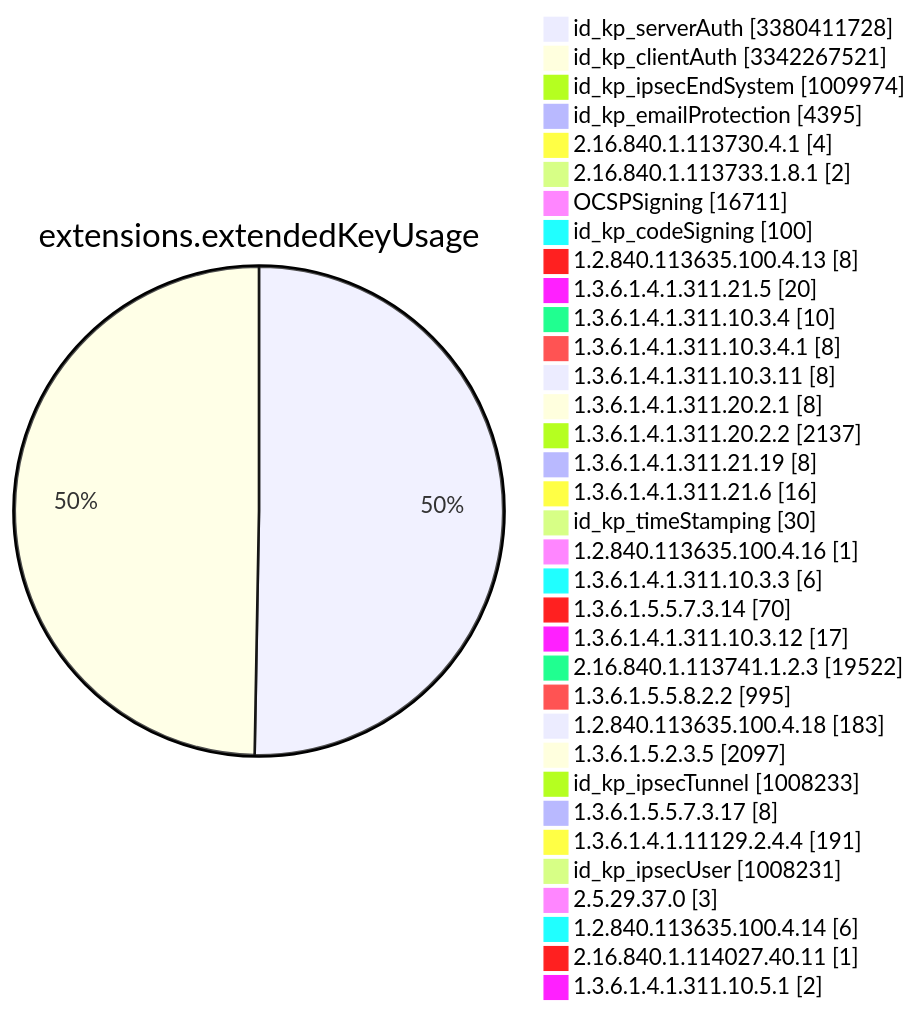
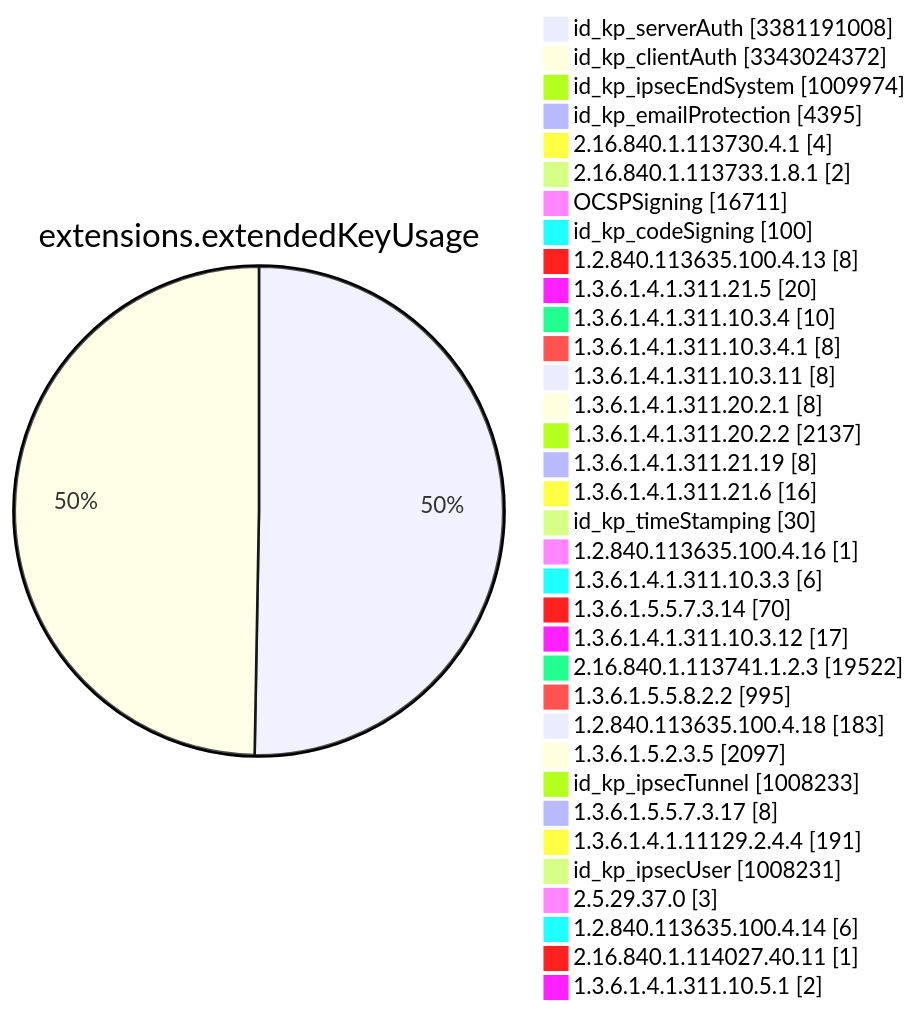
Diagram 11 of 15 in TOTAL/README.md (christiankrug/ctmonitor_visualization), drawn with Mermaid before and after one commit. The commit also changed other lines of this file, not shown here.

````diff
--- a/TOTAL/README.md
+++ b/TOTAL/README.md
@@ -4120,38 +4120,38 @@
 ```mermaid
 pie showData
 title extensions.extendedKeyUsage
-"id_kp_serverAuth" :3380411728
-"id_kp_clientAuth" :3342267521
+"id_kp_serverAuth" :3381191008
+"id_kp_clientAuth" :3343024372
 "id_kp_ipsecEndSystem" :1009974
 "id_kp_emailProtection" :4395
 "2.16.840.1.113730.4.1" :4
 "2.16.840.1.113733.1.8.1" :2
 "OCSPSigning" :16711
 "id_kp_codeSigning" :100
 "1.2.840.113635.100.4.13" :8
 "1.3.6.1.4.1.311.21.5" :20
 "1.3.6.1.4.1.311.10.3.4" :10
 "1.3.6.1.4.1.311.10.3.4.1" :8
 "1.3.6.1.4.1.311.10.3.11" :8
 "1.3.6.1.4.1.311.20.2.1" :8
 "1.3.6.1.4.1.311.20.2.2" :2137
 "1.3.6.1.4.1.311.21.19" :8
 "1.3.6.1.4.1.311.21.6" :16
 "id_kp_timeStamping" :30
 "1.2.840.113635.100.4.16" :1
 "1.3.6.1.4.1.311.10.3.3" :6
 "1.3.6.1.5.5.7.3.14" :70
 "1.3.6.1.4.1.311.10.3.12" :17
 "2.16.840.1.113741.1.2.3" :19522
 "1.3.6.1.5.5.8.2.2" :995
 "1.2.840.113635.100.4.18" :183
 "1.3.6.1.5.2.3.5" :2097
 "id_kp_ipsecTunnel" :1008233
 "1.3.6.1.5.5.7.3.17" :8
 "1.3.6.1.4.1.11129.2.4.4" :191
 "id_kp_ipsecUser" :1008231
 "2.5.29.37.0" :3
 "1.2.840.113635.100.4.14" :6
 "2.16.840.1.114027.40.11" :1
 "1.3.6.1.4.1.311.10.5.1" :2
 ```
````
